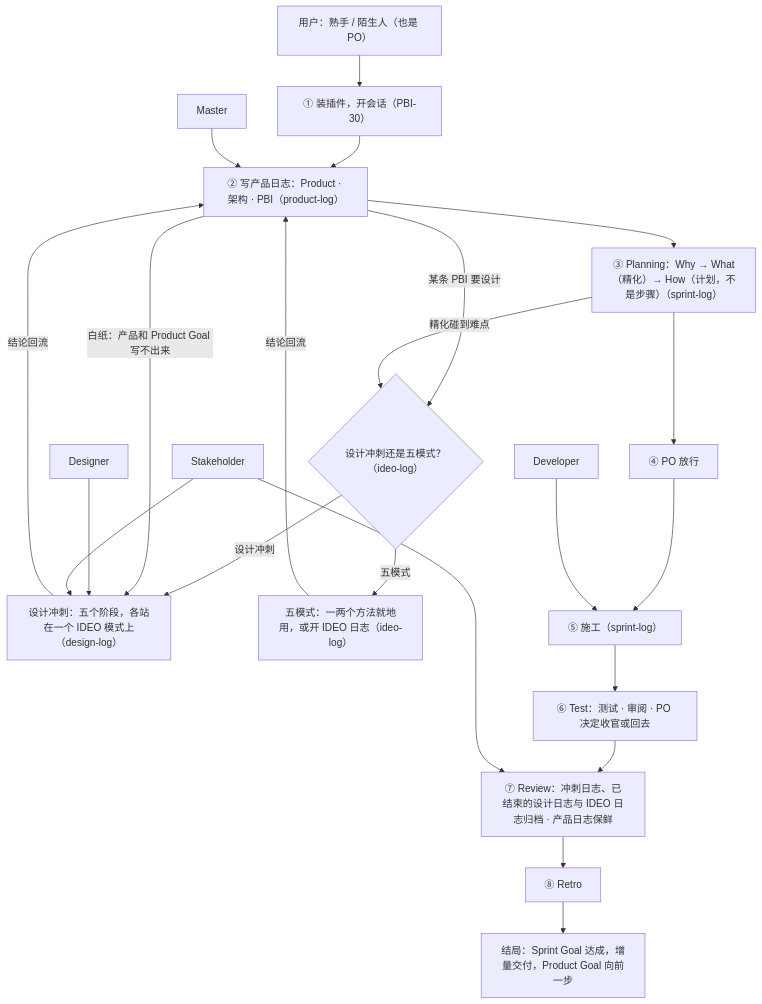
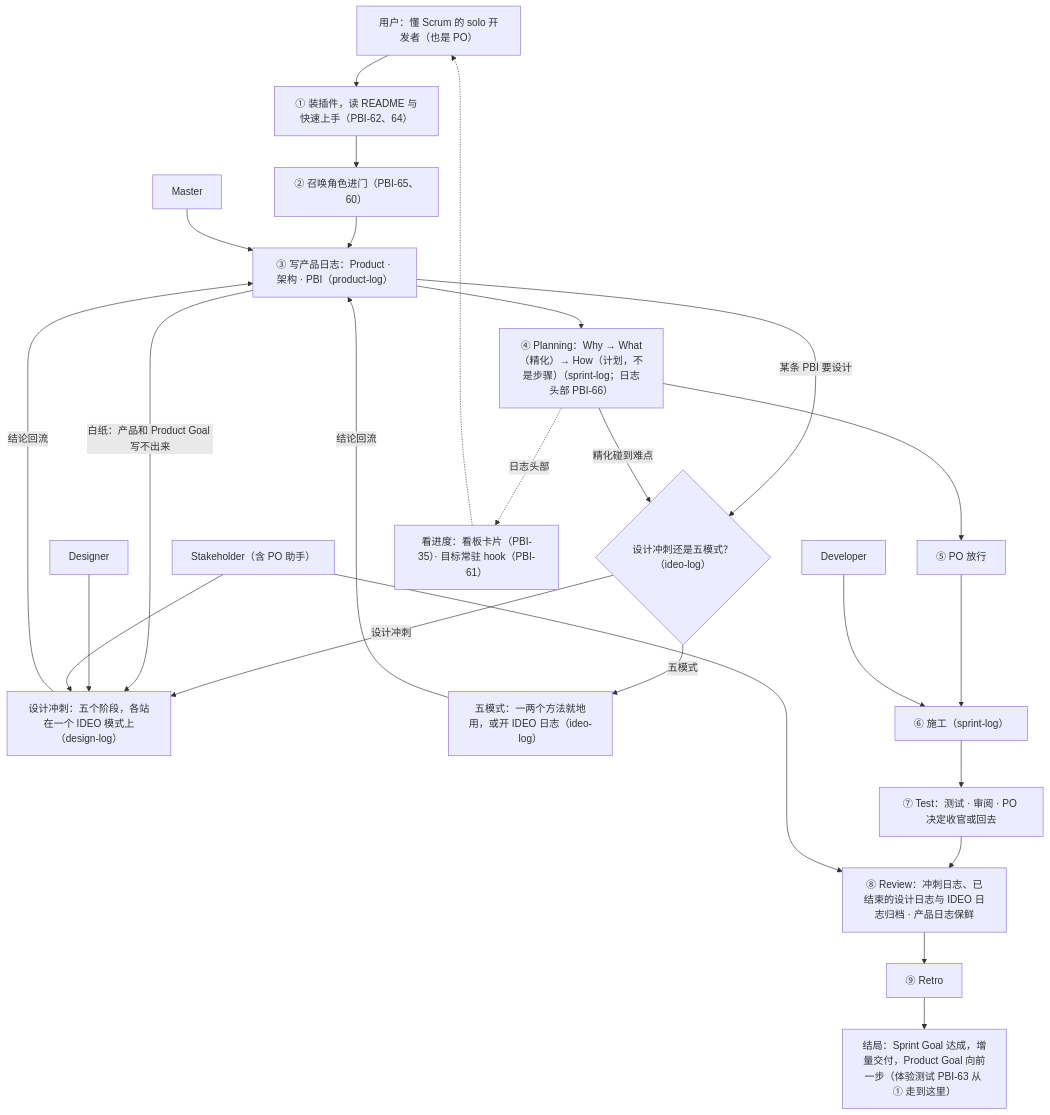
The diagram in scrum/ProductBacklog.md (seapawn1/IDEO-Scrum), drawn with Mermaid before and after one commit. The commit also changed other lines of this file, not shown here.

Commit message:
docs(product-log): 整理——新目标产品化（优化转常态）；主线 35/61/63/64、副线 65/60/66/62、以后 51/12；拆 30、61，关 25/46，删 59/45/33；DoD 补；陌生人卡改「懂 Scrum」；地图挂 PBI；3.2 按冲刺一行

````diff
--- a/scrum/ProductBacklog.md
+++ b/scrum/ProductBacklog.md
@@ -66,29 +71,32 @@
 ```mermaid
 flowchart TD
-    U["用户：熟手 / 陌生人（也是 PO）"]
+    U["用户：懂 Scrum 的 solo 开发者（也是 PO）"]
     M["Master"]
     D["Developer"]
     G["Designer"]
-    S["Stakeholder"]
-    U --> A["① 装插件，开会话（PBI-30）"]
-    A --> B["② 写产品日志：Product · 架构 · PBI（product-log）"]
+    S["Stakeholder（含 PO 助手）"]
+    U --> A["① 装插件，读 README 与快速上手（PBI-62、64）"]
+    A --> A2["② 召唤角色进门（PBI-65、60）"]
+    A2 --> B["③ 写产品日志：Product · 架构 · PBI（product-log）"]
     M --> B
-    B --> C["③ Planning：Why → What（精化）→ How（计划，不是步骤）（sprint-log）"]
+    B --> C["④ Planning：Why → What（精化）→ How（计划，不是步骤）（sprint-log；日志头部 PBI-66）"]
     B -- "某条 PBI 要设计" --> X0{"设计冲刺还是五模式？（ideo-log）"}
     X0 -- "设计冲刺" --> X["设计冲刺：五个阶段，各站在一个 IDEO 模式上（design-log）"]
     X0 -- "五模式" --> I["五模式：一两个方法就地用，或开 IDEO 日志（ideo-log）"]
     B -- "白纸：产品和 Product Goal 写不出来" --> X
     C -- "精化碰到难点" --> X0
     G --> X
     S --> X
     X -- "结论回流" --> B
     I -- "结论回流" --> B
-    C --> P["④ PO 放行"]
-    P --> W["⑤ 施工（sprint-log）"]
+    C --> P["⑤ PO 放行"]
+    P --> W["⑥ 施工（sprint-log）"]
     D --> W
-    W --> R["⑥ Test：测试 · 审阅 · PO 决定收官或回去"]
-    R --> V["⑦ Review：冲刺日志、已结束的设计日志与 IDEO 日志归档 · 产品日志保鲜"]
+    W --> R["⑦ Test：测试 · 审阅 · PO 决定收官或回去"]
+    R --> V["⑧ Review：冲刺日志、已结束的设计日志与 IDEO 日志归档 · 产品日志保鲜"]
     S --> V
-    V --> T["⑧ Retro"]
-    T --> E["结局：Sprint Goal 达成，增量交付，Product Goal 向前一步"]
+    V --> T["⑨ Retro"]
+    T --> E["结局：Sprint Goal 达成，增量交付，Product Goal 向前一步（体验测试 PBI-63 从 ① 走到这里）"]
+    C -. "日志头部" .-> K["看进度：看板卡片（PBI-35）· 目标常驻 hook（PBI-61）"]
+    K -.-> U
 ```
````
